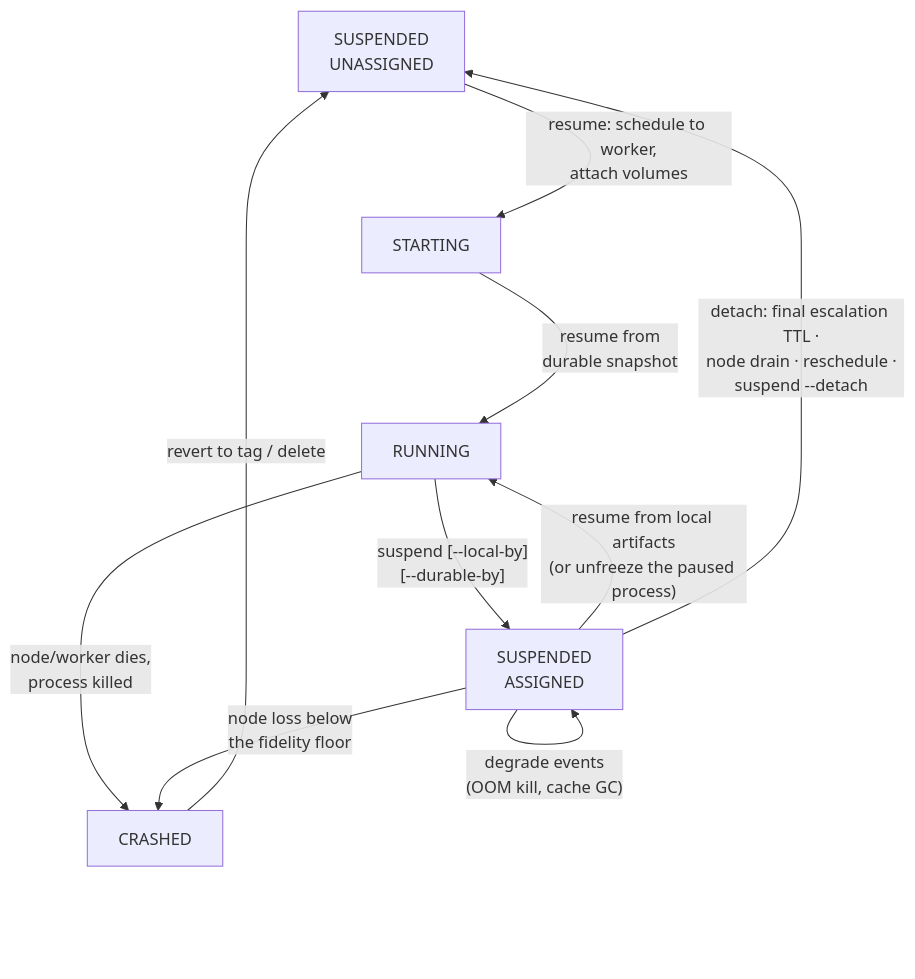
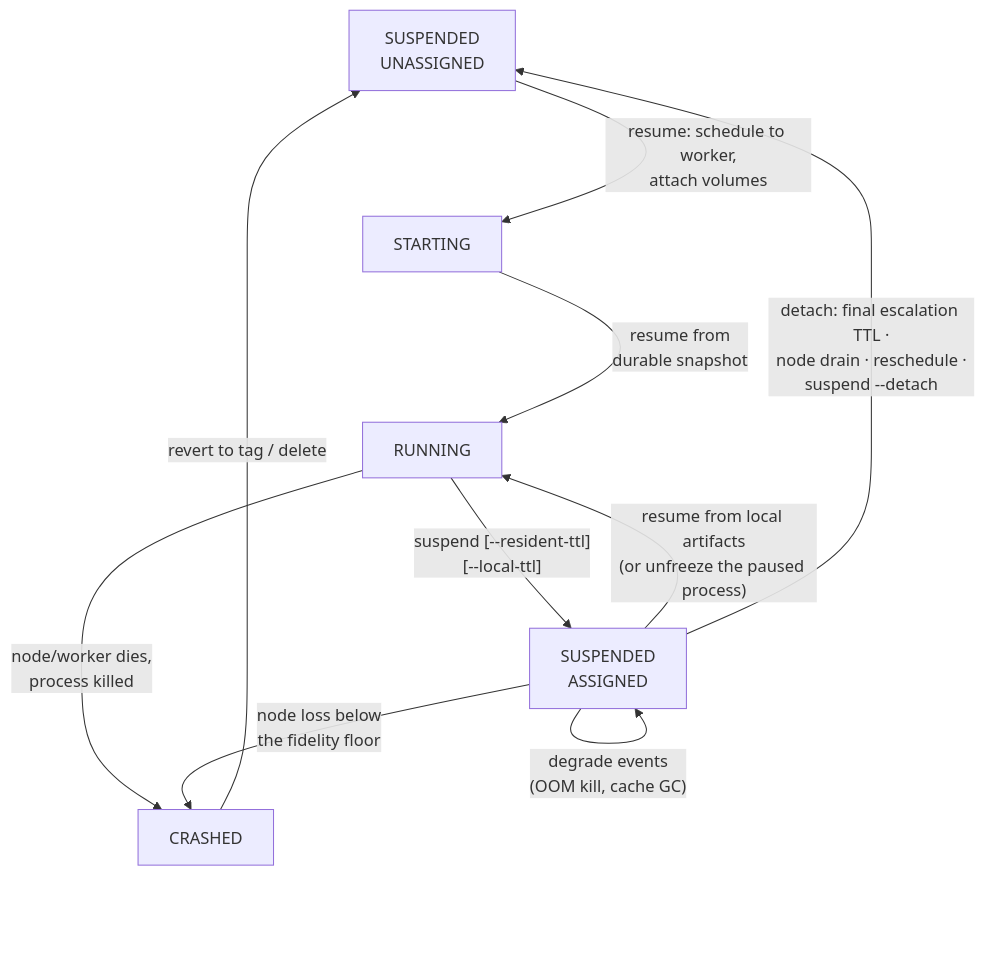
The second of 3 diagrams in docs/actor-lifecycle-v2.md (dberkov/substrate), drawn with Mermaid before and after one commit. The commit also changed other lines of this file, not shown here.

````diff
--- a/docs/actor-lifecycle-v2.md
+++ b/docs/actor-lifecycle-v2.md
@@ -109,25 +108,25 @@
 ```mermaid
 flowchart TD
     %% nodes declared in desired left-to-right order
     SU["SUSPENDED<br/>UNASSIGNED"]
     ST["STARTING"]
     RN["RUNNING"]
     CR["CRASHED"]
     SA["SUSPENDED<br/>ASSIGNED"]
 
     %% invisible spine: pins SU to the far left, SA to the far right
     SU ~~~ ST
     ST ~~~ RN
     RN ~~~ SA
 
     SU -- "resume: schedule to worker,<br/>attach volumes" --> ST
     ST -- "resume from<br/>durable snapshot" --> RN
-    RN -- "suspend [--local-by]<br/>[--durable-by]" --> SA
+    RN -- "suspend [--resident-ttl]<br/>[--local-ttl]" --> SA
     SA -- "resume from local artifacts<br/>(or unfreeze the paused process)" --> RN
     RN -- "node/worker dies,<br/>process killed" --> CR
     SA -- "node loss below<br/>the fidelity floor" --> CR
     SA -- "durability events<br/>(package, auto-upload)" --> SA
     SA -- "degrade events<br/>(OOM kill, cache GC)" --> SA
     SA -- "detach: final escalation TTL ·<br/>node drain · reschedule ·<br/>suspend --detach" --> SU
     CR -- "revert to tag / delete" --> SU
 ```
````
